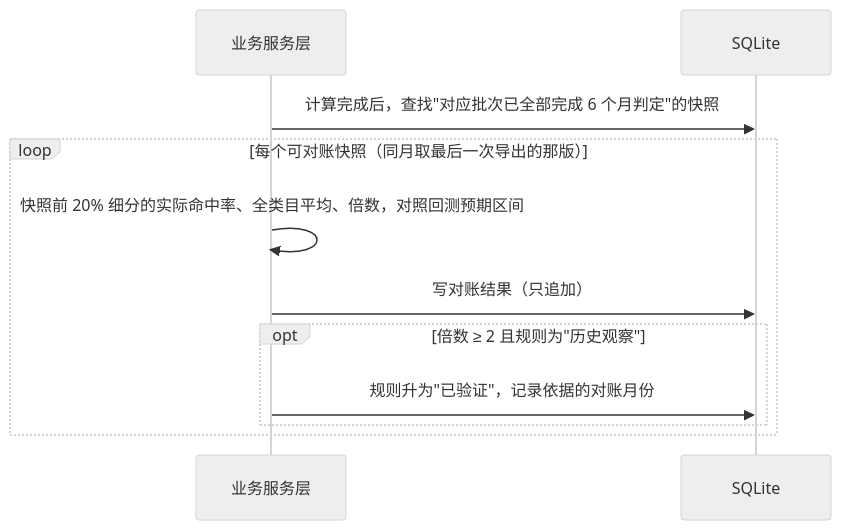
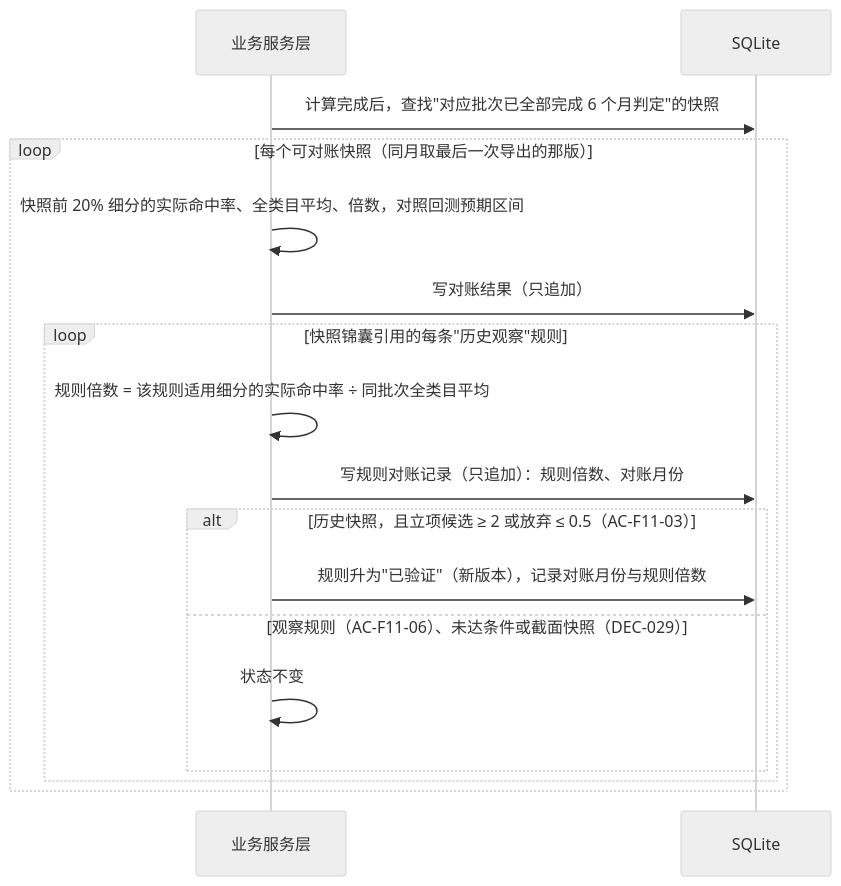
Before and after one commit to staring9811-prog/wxb981111-163.com: the fifth of 6 diagrams in opportunity-research/output/技术方案.md, drawn with Mermaid (neutral theme). The commit also changed other lines of this file and 28 other files, not shown here.

````diff
--- a/opportunity-research/output/技术方案.md
+++ b/opportunity-research/output/技术方案.md
@@ -295,13 +296,19 @@
 ```mermaid
 sequenceDiagram
     participant Core as 业务服务层
     participant DB as SQLite
     Core->>DB: 计算完成后，查找"对应批次已全部完成 6 个月判定"的快照
     loop 每个可对账快照（同月取最后一次导出的那版）
         Core->>Core: 快照前 20% 细分的实际命中率、全类目平均、倍数，对照回测预期区间
         Core->>DB: 写对账结果（只追加）
-        opt 倍数 ≥ 2 且规则为"历史观察"
-            Core->>DB: 规则升为"已验证"，记录依据的对账月份
+        loop 快照锦囊引用的每条"历史观察"规则
+            Core->>Core: 规则倍数 = 该规则适用细分的实际命中率 ÷ 同批次全类目平均
+            Core->>DB: 写规则对账记录（只追加）：规则倍数、对账月份
+            alt 历史快照，且立项候选 ≥ 2 或放弃 ≤ 0.5（AC-F11-03）
+                Core->>DB: 规则升为"已验证"（新版本），记录对账月份与规则倍数
+            else 观察规则（AC-F11-06）、未达条件或截面快照（DEC-029）
+                Core->>Core: 状态不变
+            end
         end
     end
 ```
````
